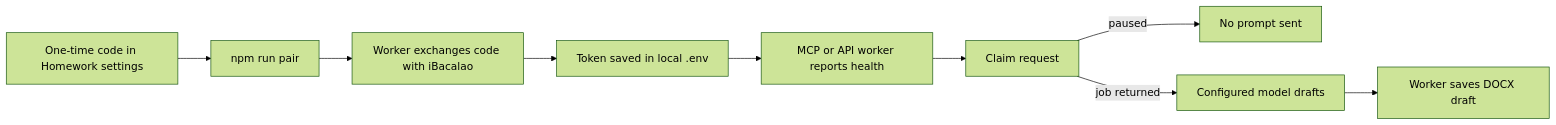
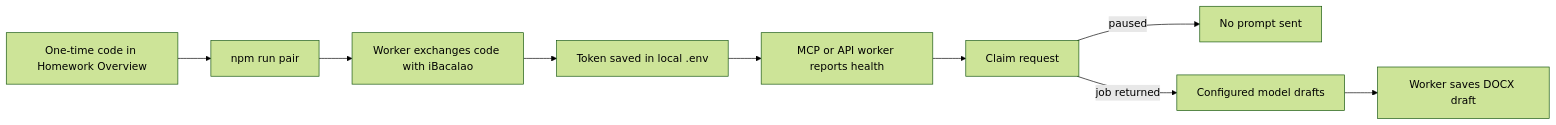
Before and after one commit to vibecode-king/ibacalao-homework-automation: the diagram in README.md, drawn with Mermaid (forest theme). The commit also changed other lines of this file and 3 other files, not shown here.

````diff
--- a/README.md
+++ b/README.md
@@ -120,11 +120,11 @@
 ```mermaid
 flowchart LR
-    C[One-time code in Homework settings] --> P[npm run pair]
+    C[One-time code in Homework Overview] --> P[npm run pair]
     P --> X[Worker exchanges code with iBacalao]
     X --> E[Token saved in local .env]
     E --> W[MCP or API worker reports health]
     W --> Q[Claim request]
     Q -->|paused| R[No prompt sent]
     Q -->|job returned| M[Configured model drafts]
     M --> D[Worker saves DOCX draft]
 ```
````
